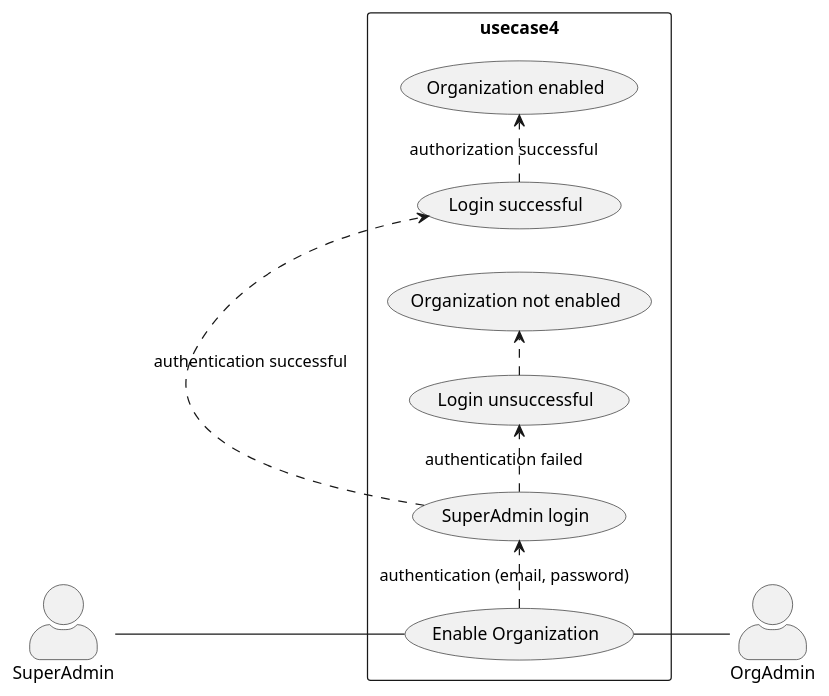
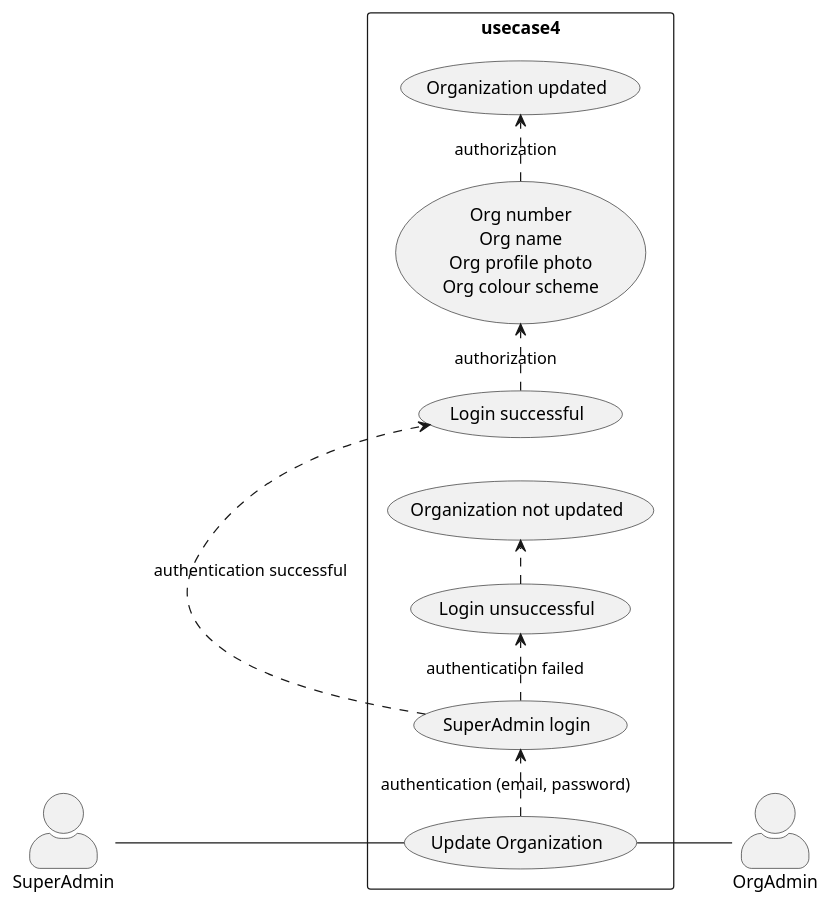
One commit to wawerualbert/CodeHub changed the diagram in 4_super_admin_usecase4.wsd. Above: the diagram before and after it, drawn with PlantUML. The commit also changed 7 other files, not shown here.

```diff
--- a/4_super_admin_usecase4.wsd
+++ b/4_super_admin_usecase4.wsd
@@ -1,19 +1,20 @@
-@startuml SuperAdmin Enable Organization
+@startuml SuperAdmin Update Organization
 
 skinparam actorStyle awesome
 left to right direction
 skinparam packageStyle rectangle
 
 actor SuperAdmin
 actor OrgAdmin
 rectangle usecase4 {
-  SuperAdmin-- (Enable Organization)
-  (Enable Organization) .> (SuperAdmin login) : authentication (email, password)
+  SuperAdmin-- (Update Organization)
+  (Update Organization) .> (SuperAdmin login) : authentication (email, password)
   (SuperAdmin login) .> (Login successful) : authentication successful
-  (Login successful) .> (Organization enabled) : authorization  successful
+  (Login successful) .> (Org number\nOrg name\nOrg profile photo\nOrg colour scheme) : authorization
+  (Org number\nOrg name\nOrg profile photo\nOrg colour scheme) .> (Organization updated) : authorization 
   (SuperAdmin login) .> (Login unsuccessful) : authentication failed
-  (Login unsuccessful) .> (Organization not enabled)  
-  (Enable Organization)-- OrgAdmin
+  (Login unsuccessful) .> (Organization not updated)  
+  (Update Organization)-- OrgAdmin
 }
 
 @enduml
```
